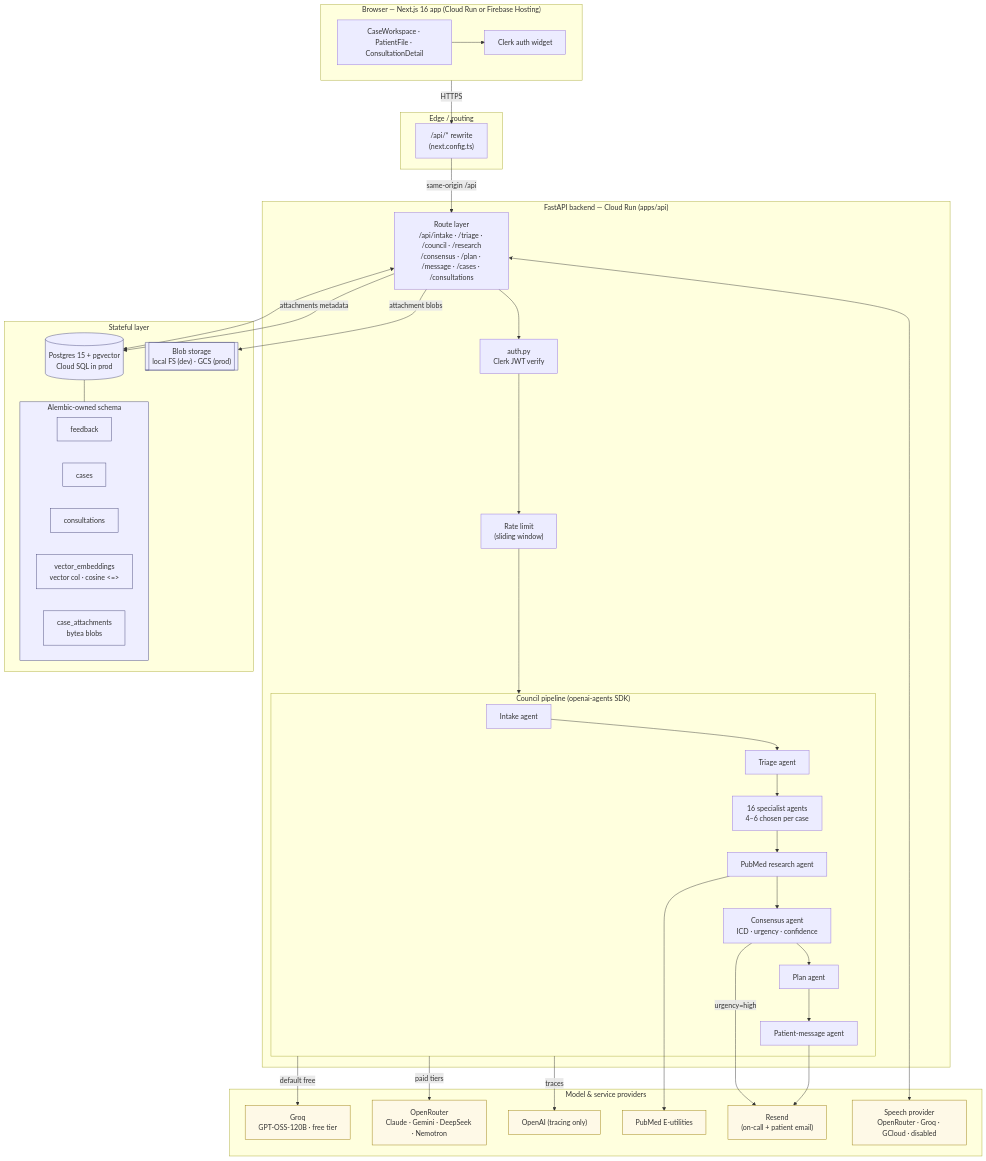
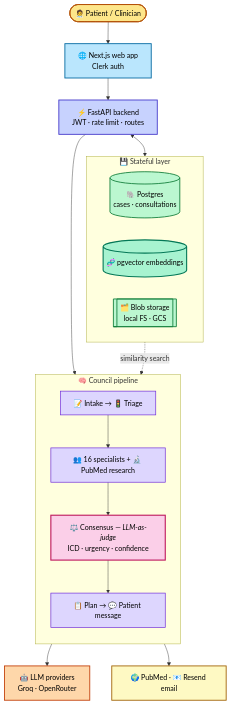
The diagram in README.md (chrystalme/Med-Council), drawn with Mermaid before and after one commit.

Commit message:
docs(readme): simplify architecture diagram to high-level flow
Collapse seven-stage pipeline into four composite agent nodes,
highlight Consensus as LLM-as-judge, surface pgvector embeddings as
their own store, and apply colour-coded classDefs.

````diff
--- a/README.md
+++ b/README.md
@@ -53,67 +53,42 @@
 ```mermaid
 flowchart TB
-  subgraph Client["Browser — Next.js 16 app (Cloud Run or Firebase Hosting)"]
-    UI[CaseWorkspace · PatientFile · ConsultationDetail]
-    Clerk[Clerk auth widget]
-    UI --> Clerk
+  User([🧑‍⚕️ Patient / Clinician]):::user
+
+  Web["🌐 Next.js web app<br/>Clerk auth"]:::frontend
+  API["⚡ FastAPI backend<br/>JWT · rate limit · routes"]:::backend
+
+  subgraph Agents["🧠 Council pipeline"]
+    direction TB
+    Stage1["📝 Intake → 🚦 Triage"]:::agent
+    Stage2["👥 16 specialists + 🔬 PubMed research"]:::agent
+    Stage3["⚖️ Consensus — <i>LLM-as-judge</i><br/>ICD · urgency · confidence"]:::judge
+    Stage4["📋 Plan → 💬 Patient message"]:::agent
+    Stage1 --> Stage2 --> Stage3 --> Stage4
   end
 
-  subgraph Edge["Edge / routing"]
-    Rewrite["/api/* rewrite<br/>(next.config.ts)"]
+  LLM["🤖 LLM providers<br/>Groq · OpenRouter"]:::llm
+  External["🌍 PubMed · 📧 Resend email"]:::ext
+
+  subgraph Storage["💾 Stateful layer"]
+    direction LR
+    PG[("🐘 Postgres<br/>cases · consultations")]:::store
+    Vec[("🧬 pgvector embeddings")]:::vector
+    Blob[["🗂️ Blob storage<br/>local FS · GCS"]]:::store
   end
 
-  subgraph API["FastAPI backend — Cloud Run (apps/api)"]
-    Routes["Route layer<br/>/api/intake · /triage · /council · /research<br/>/consensus · /plan · /message · /cases · /consultations"]
-    Auth["auth.py<br/>Clerk JWT verify"]
-    RL["Rate limit<br/>(sliding window)"]
-    subgraph Pipeline["Council pipeline (openai-agents SDK)"]
-      Intake[Intake agent] --> Triage[Triage agent]
-      Triage --> Council[16 specialist agents<br/>4–6 chosen per case]
-      Council --> Research[PubMed research agent]
-      Research --> Consensus[Consensus agent<br/>ICD · urgency · confidence]
-      Consensus --> Plan[Plan agent]
-      Plan --> Message[Patient-message agent]
-    end
-    Routes --> Auth --> RL --> Pipeline
-  end
+  User --> Web --> API --> Agents
+  Agents --> LLM
+  Agents --> External
+  API <--> Storage
+  Vec -. similarity search .-> Stage2
 
-  subgraph Providers["Model & service providers"]
-    Groq["Groq<br/>GPT-OSS-120B · free tier"]
-    OR["OpenRouter<br/>Claude · Gemini · DeepSeek · Nemotron"]
-    Trace["OpenAI (tracing only)"]
-    PubMed["PubMed E-utilities"]
-    Resend["Resend<br/>(on-call + patient email)"]
-    Speech["Speech provider<br/>OpenRouter · Groq · GCloud · disabled"]
-  end
-
-  subgraph Data["Stateful layer"]
-    PG[("Postgres 15 + pgvector<br/>Cloud SQL in prod")]
-    Blob[["Blob storage<br/>local FS (dev) · GCS (prod)"]]
-    subgraph Schema["Alembic-owned schema"]
-      TFeedback[feedback]
-      TCases[cases]
-      TConsults[consultations]
-      TVec[vector_embeddings<br/>vector col · cosine &lt;=&gt;]
-      TAttach[case_attachments<br/>bytea blobs]
-    end
-    PG --- Schema
-  end
-
-  Client -- HTTPS --> Rewrite
-  Rewrite -- same-origin /api --> Routes
-  Pipeline -- default free --> Groq
-  Pipeline -- paid tiers --> OR
-  Pipeline -- traces --> Trace
-  Research --> PubMed
-  Consensus -- urgency=high --> Resend
-  Message --> Resend
-  Routes <--> PG
-  Routes -- attachments metadata --> PG
-  Routes -- attachment blobs --> Blob
-  Routes <--> Speech
-
-  classDef store fill:#eef,stroke:#447,stroke-width:1px;
-  classDef ext fill:#fef9e7,stroke:#9a7d0a;
-  class PG,Blob,Schema,TFeedback,TCases,TConsults,TVec,TAttach store;
-  class Groq,OR,Trace,PubMed,Resend,Speech ext;
+  classDef user fill:#fde68a,stroke:#b45309,stroke-width:2px,color:#000;
+  classDef frontend fill:#bae6fd,stroke:#0369a1,stroke-width:2px,color:#000;
+  classDef backend fill:#c7d2fe,stroke:#4338ca,stroke-width:2px,color:#000;
+  classDef agent fill:#ddd6fe,stroke:#6d28d9,stroke-width:1.5px,color:#000;
+  classDef judge fill:#fbcfe8,stroke:#be185d,stroke-width:2.5px,color:#000;
+  classDef llm fill:#fed7aa,stroke:#c2410c,stroke-width:2px,color:#000;
+  classDef ext fill:#fef9c3,stroke:#a16207,stroke-width:2px,color:#000;
+  classDef store fill:#bbf7d0,stroke:#15803d,stroke-width:2px,color:#000;
+  classDef vector fill:#a7f3d0,stroke:#047857,stroke-width:2.5px,color:#000;
 ```
````
